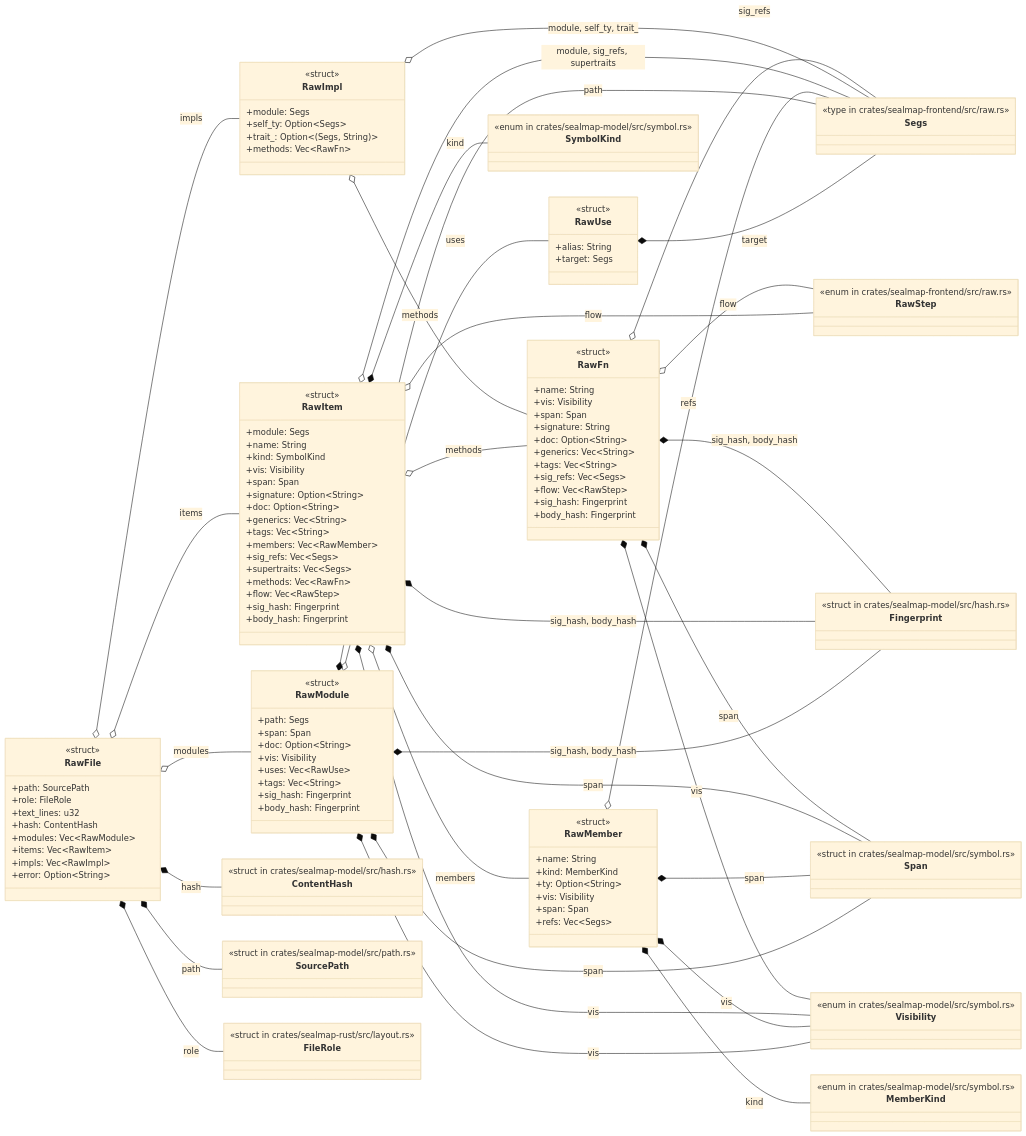
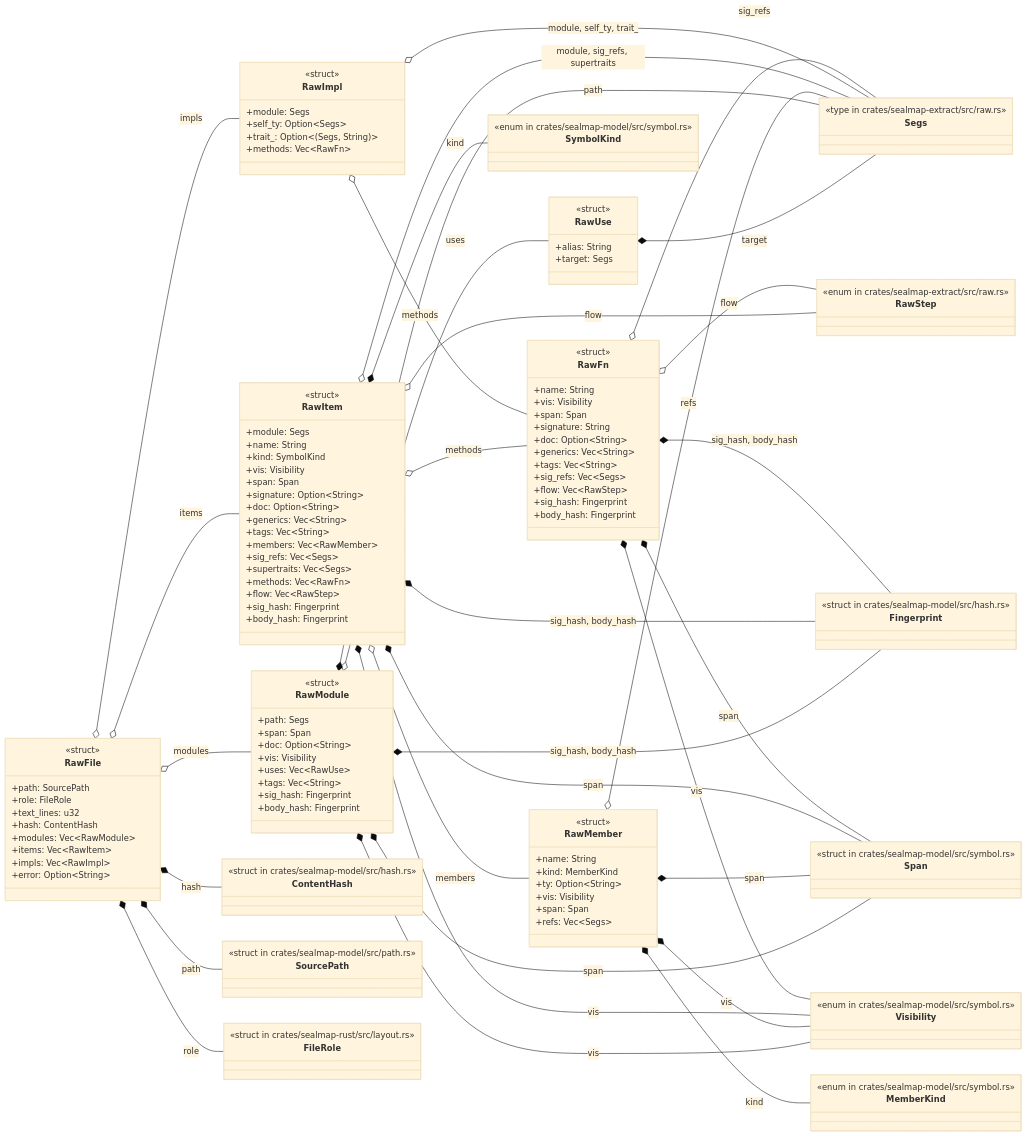
One commit to DreamLab-AI/codemaid changed the diagram in docs/sealmap/crates/sealmap-rust/src/raw.rs.md. Above: the diagram before and after it, drawn with Mermaid (base theme). The commit also changed other lines of this file and 29 other files, not shown here.

````diff
--- a/docs/sealmap/crates/sealmap-rust/src/raw.rs.md
+++ b/docs/sealmap/crates/sealmap-rust/src/raw.rs.md
@@ -99,11 +99,11 @@
   class sealmap_rust__layout___tFileRole["FileRole"] {
     <<struct in crates/sealmap-rust/src/layout.rs>>
   }
-  class sealmap_frontend__raw___tRawStep["RawStep"] {
-    <<enum in crates/sealmap-frontend/src/raw.rs>>
+  class sealmap_extract__raw___tRawStep["RawStep"] {
+    <<enum in crates/sealmap-extract/src/raw.rs>>
   }
-  class sealmap_frontend__raw___tSegs["Segs"] {
-    <<type in crates/sealmap-frontend/src/raw.rs>>
+  class sealmap_extract__raw___tSegs["Segs"] {
+    <<type in crates/sealmap-extract/src/raw.rs>>
   }
   class sealmap_model__hash___tFingerprint["Fingerprint"] {
     <<struct in crates/sealmap-model/src/hash.rs>>
@@ -126,29 +126,29 @@
   sealmap_rust__raw___tRawFile o-- sealmap_rust__raw___tRawImpl : impls
   sealmap_rust__raw___tRawFile o-- sealmap_rust__raw___tRawItem : items
   sealmap_rust__raw___tRawFile o-- sealmap_rust__raw___tRawModule : modules
-  sealmap_rust__raw___tRawFn o-- sealmap_frontend__raw___tRawStep : flow
-  sealmap_rust__raw___tRawFn o-- sealmap_frontend__raw___tSegs : sig_refs
+  sealmap_rust__raw___tRawFn o-- sealmap_extract__raw___tRawStep : flow
+  sealmap_rust__raw___tRawFn o-- sealmap_extract__raw___tSegs : sig_refs
   sealmap_rust__raw___tRawFn *-- sealmap_model__hash___tFingerprint : sig_hash, body_hash
   sealmap_rust__raw___tRawFn *-- sealmap_model__symbol___tSpan : span
   sealmap_rust__raw___tRawFn *-- sealmap_model__symbol___tVisibility : vis
-  sealmap_rust__raw___tRawImpl o-- sealmap_frontend__raw___tSegs : module, self_ty, trait_
+  sealmap_rust__raw___tRawImpl o-- sealmap_extract__raw___tSegs : module, self_ty, trait_
   sealmap_rust__raw___tRawImpl o-- sealmap_rust__raw___tRawFn : methods
-  sealmap_rust__raw___tRawItem o-- sealmap_frontend__raw___tRawStep : flow
-  sealmap_rust__raw___tRawItem o-- sealmap_frontend__raw___tSegs : module, sig_refs, supertraits
+  sealmap_rust__raw___tRawItem o-- sealmap_extract__raw___tRawStep : flow
+  sealmap_rust__raw___tRawItem o-- sealmap_extract__raw___tSegs : module, sig_refs, supertraits
   sealmap_rust__raw___tRawItem *-- sealmap_model__hash___tFingerprint : sig_hash, body_hash
   sealmap_rust__raw___tRawItem *-- sealmap_model__symbol___tSpan : span
   sealmap_rust__raw___tRawItem *-- sealmap_model__symbol___tSymbolKind : kind
   sealmap_rust__raw___tRawItem *-- sealmap_model__symbol___tVisibility : vis
   sealmap_rust__raw___tRawItem o-- sealmap_rust__raw___tRawFn : methods
   sealmap_rust__raw___tRawItem o-- sealmap_rust__raw___tRawMember : members
-  sealmap_rust__raw___tRawMember o-- sealmap_frontend__raw___tSegs : refs
+  sealmap_rust__raw___tRawMember o-- sealmap_extract__raw___tSegs : refs
   sealmap_rust__raw___tRawMember *-- sealmap_model__symbol___tMemberKind : kind
   sealmap_rust__raw___tRawMember *-- sealmap_model__symbol___tSpan : span
   sealmap_rust__raw___tRawMember *-- sealmap_model__symbol___tVisibility : vis
-  sealmap_rust__raw___tRawModule *-- sealmap_frontend__raw___tSegs : path
+  sealmap_rust__raw___tRawModule *-- sealmap_extract__raw___tSegs : path
   sealmap_rust__raw___tRawModule *-- sealmap_model__hash___tFingerprint : sig_hash, body_hash
   sealmap_rust__raw___tRawModule *-- sealmap_model__symbol___tSpan : span
   sealmap_rust__raw___tRawModule *-- sealmap_model__symbol___tVisibility : vis
   sealmap_rust__raw___tRawModule o-- sealmap_rust__raw___tRawUse : uses
-  sealmap_rust__raw___tRawUse *-- sealmap_frontend__raw___tSegs : target
+  sealmap_rust__raw___tRawUse *-- sealmap_extract__raw___tSegs : target
 ```
````
